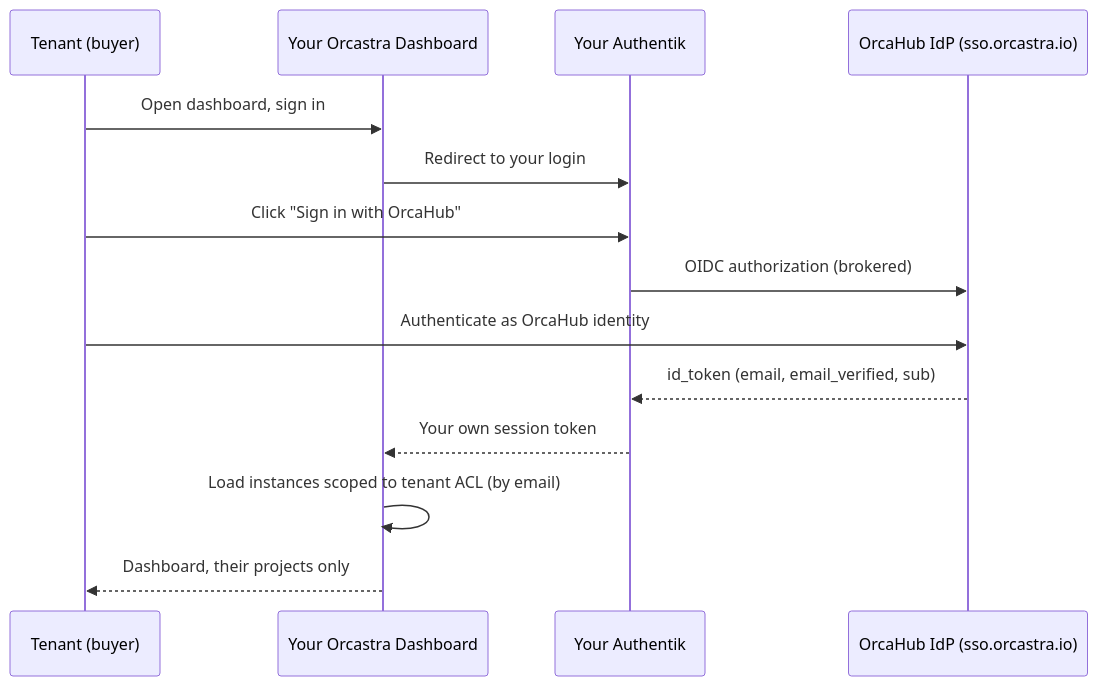
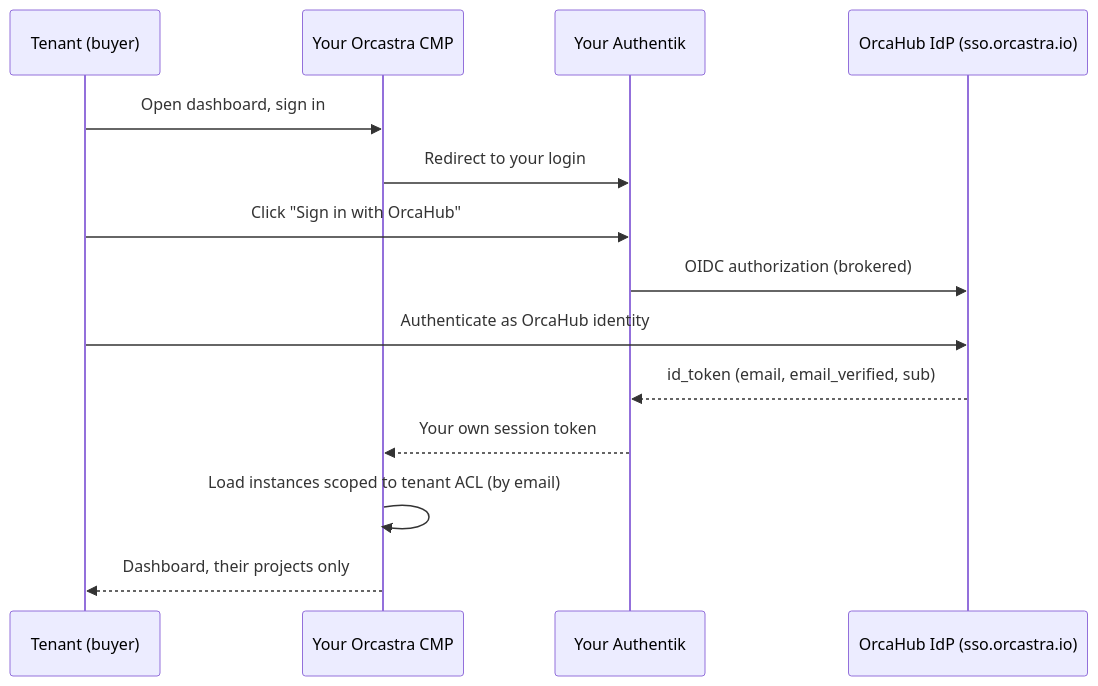
The diagram in docs/operations/orcahub-federation-sso.md (sctsivali/orcastra-docs), drawn with Mermaid before and after one commit. The commit also changed 1 other file, not shown here.

Commit message:
docs: name the product Orcastra CMP inside the Mermaid diagrams
Kept separate from the prose rename because these are the only docs edits that
can fail CI: the PDF workflow re-renders every diagram with a pinned Mermaid
build and throws if any one of them fails, so this commit reverts on its own.

The deployment-flow node is the reason a plain search for the product name is
not enough. It reads "VM 4<br/>Orcastra<br/>Dashboard", split across a line
break, so no grep for "Orcastra Dashboard" ever matched it.

Verified locally against the same job: 11/11 diagrams render.

````diff
--- a/docs/operations/orcahub-federation-sso.md
+++ b/docs/operations/orcahub-federation-sso.md
@@ -13,16 +13,16 @@
 ```mermaid
 sequenceDiagram
     participant T as Tenant (buyer)
-    participant D as Your Orcastra Dashboard
+    participant D as Your Orcastra CMP
     participant PA as Your Authentik
     participant OA as OrcaHub IdP (sso.orcastra.io)
     T->>D: Open dashboard, sign in
     D->>PA: Redirect to your login
     T->>PA: Click "Sign in with OrcaHub"
     PA->>OA: OIDC authorization (brokered)
     T->>OA: Authenticate as OrcaHub identity
     OA-->>PA: id_token (email, email_verified, sub)
     PA-->>D: Your own session token
     D->>D: Load instances scoped to tenant ACL (by email)
     D-->>T: Dashboard, their projects only
 ```
````
